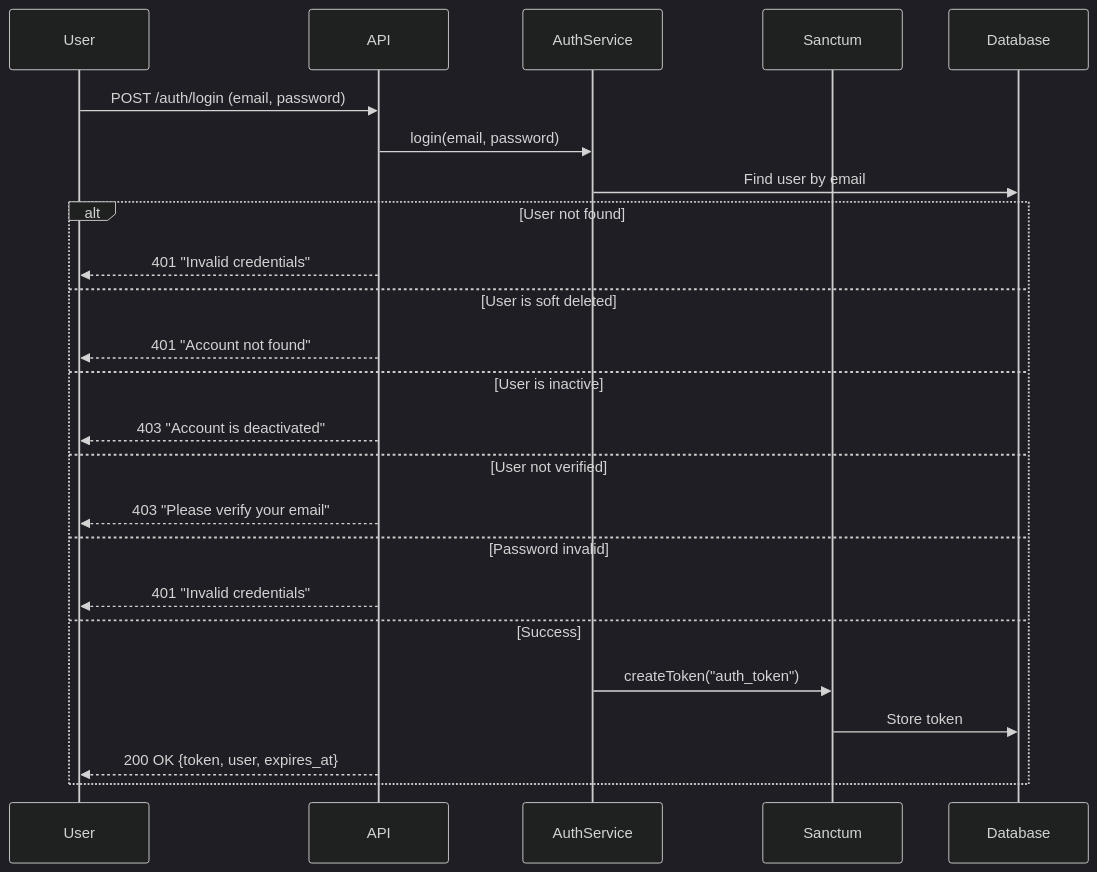
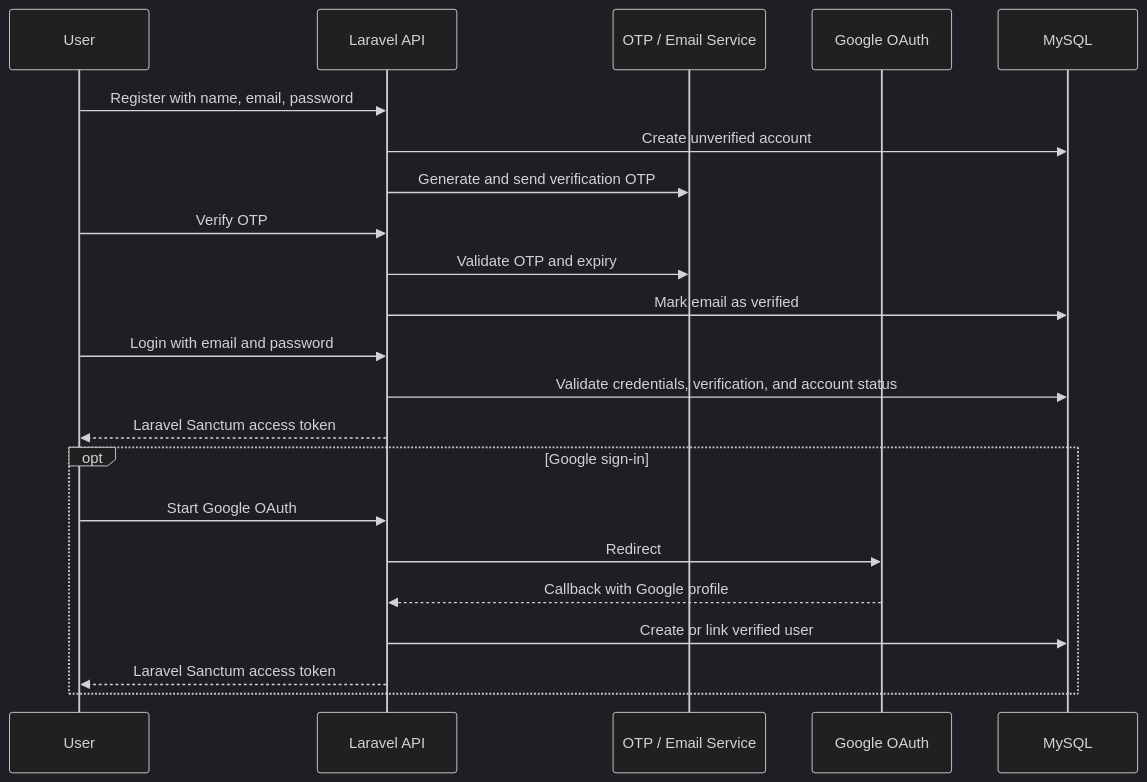
One commit to YousefAlTohamy/Safarni changed the first of 4 diagrams in README.md. Above: the diagram before and after it, drawn with Mermaid (dark theme). The commit also changed other lines of this file, not shown here.

````diff
--- a/README.md
+++ b/README.md
@@ -810,28 +71,28 @@
 ```mermaid
 sequenceDiagram
     participant User
-    participant API
-    participant AuthService
-    participant Sanctum
-    participant Database
+    participant API as Laravel API
+    participant OTP as OTP / Email Service
+    participant Google as Google OAuth
+    participant DB as MySQL
 
-    User->>API: POST /auth/login (email, password)
-    API->>AuthService: login(email, password)
-    AuthService->>Database: Find user by email
-    
-    alt User not found
-        API-->>User: 401 "Invalid credentials"
-    else User is soft deleted
-        API-->>User: 401 "Account not found"
-    else User is inactive
-        API-->>User: 403 "Account is deactivated"
-    else User not verified
-        API-->>User: 403 "Please verify your email"
-    else Password invalid
-        API-->>User: 401 "Invalid credentials"
-    else Success
-        AuthService->>Sanctum: createToken("auth_token")
-        Sanctum->>Database: Store token
-        API-->>User: 200 OK {token, user, expires_at}
+    User->>API: Register with name, email, password
+    API->>DB: Create unverified account
+    API->>OTP: Generate and send verification OTP
+
+    User->>API: Verify OTP
+    API->>OTP: Validate OTP and expiry
+    API->>DB: Mark email as verified
+
+    User->>API: Login with email and password
+    API->>DB: Validate credentials, verification, and account status
+    API-->>User: Laravel Sanctum access token
+
+    opt Google sign-in
+        User->>API: Start Google OAuth
+        API->>Google: Redirect
+        Google-->>API: Callback with Google profile
+        API->>DB: Create or link verified user
+        API-->>User: Laravel Sanctum access token
     end
 ```
````
